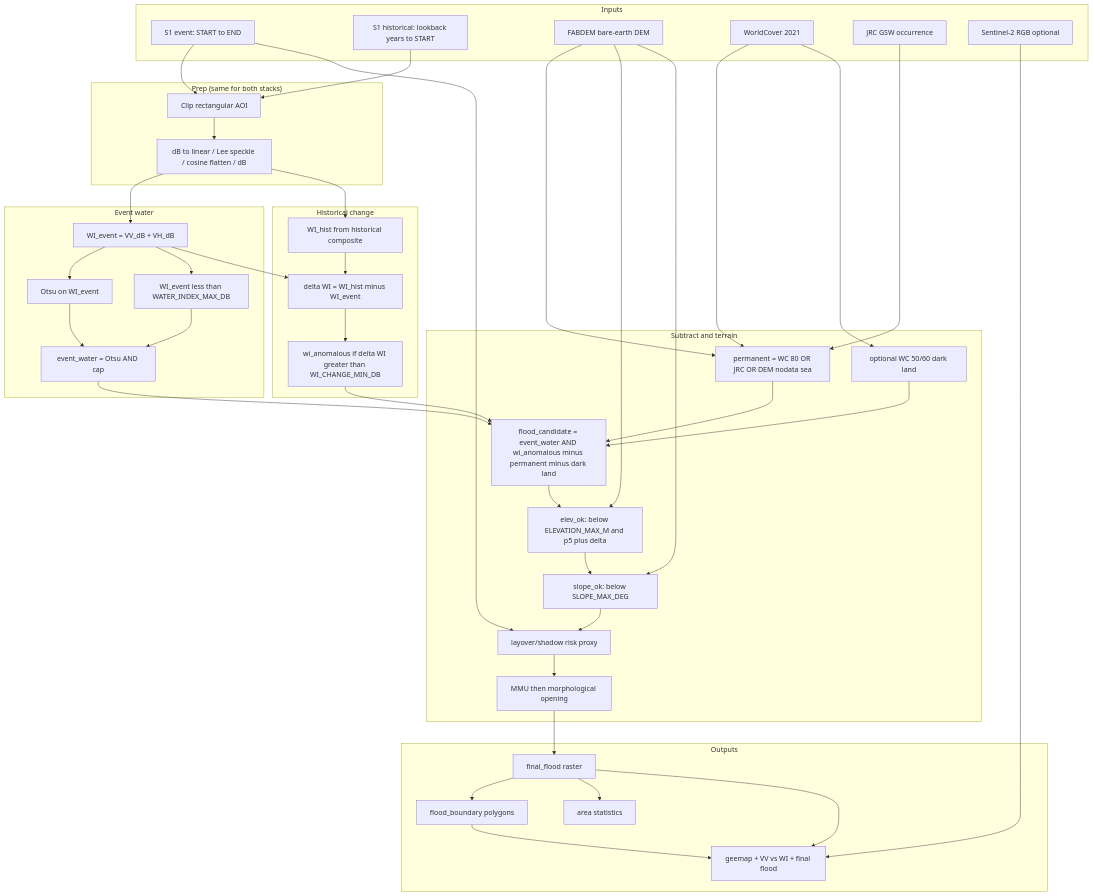
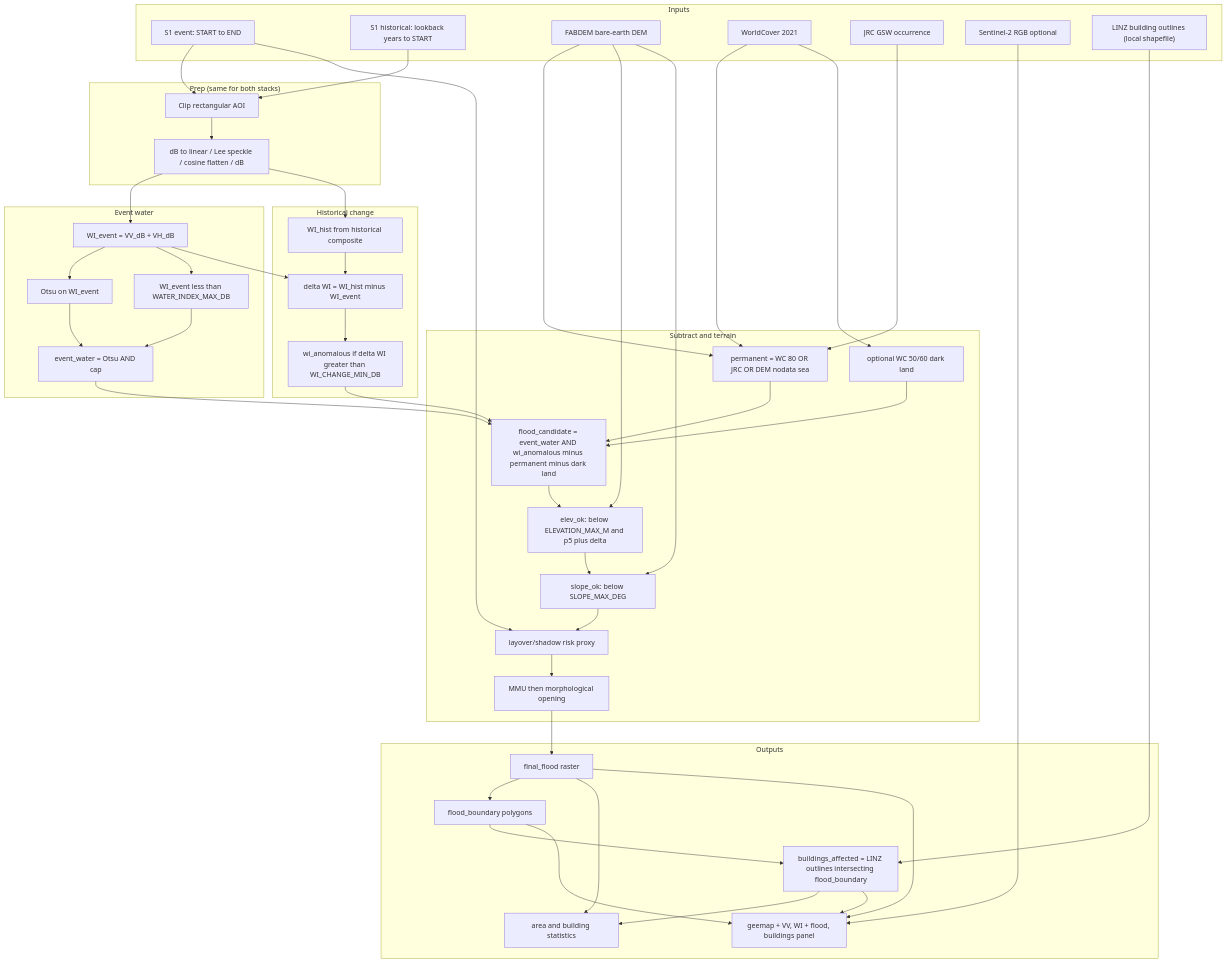
Before and after one commit to uoa-gis/GIS: the diagram in README.md, drawn with Mermaid. The commit also changed other lines of this file and 3 other files, not shown here.

````diff
--- a/README.md
+++ b/README.md
@@ -84,67 +108,73 @@
 ```mermaid
 flowchart TD
   subgraph IN["Inputs"]
     S1E["S1 event: START to END"]
     S1H["S1 historical: lookback years to START"]
     DEM["FABDEM bare-earth DEM"]
     WC["WorldCover 2021"]
     JRC["JRC GSW occurrence"]
     S2["Sentinel-2 RGB optional"]
+    LINZ["LINZ building outlines (local shapefile)"]
   end
   subgraph PRE["Prep (same for both stacks)"]
     CLIP["Clip rectangular AOI"]
     LEE["dB to linear / Lee speckle / cosine flatten / dB"]
   end
   subgraph WTR["Event water"]
     WI["WI_event = VV_dB + VH_dB"]
     OTSU["Otsu on WI_event"]
     CAP["WI_event less than WATER_INDEX_MAX_DB"]
     EW["event_water = Otsu AND cap"]
   end
   subgraph CHG["Historical change"]
     WIH["WI_hist from historical composite"]
     DLT["delta WI = WI_hist minus WI_event"]
     ANO["wi_anomalous if delta WI greater than WI_CHANGE_MIN_DB"]
   end
   subgraph MASK["Subtract and terrain"]
     PERM["permanent = WC 80 OR JRC OR DEM nodata sea"]
     DARK["optional WC 50/60 dark land"]
     CAND["flood_candidate = event_water AND wi_anomalous minus permanent minus dark land"]
     ELEV["elev_ok: below ELEVATION_MAX_M and p5 plus delta"]
     SLP["slope_ok: below SLOPE_MAX_DEG"]
     LAY["layover/shadow risk proxy"]
     MMU["MMU then morphological opening"]
   end
   subgraph OUT["Outputs"]
     FF["final_flood raster"]
     POLY["flood_boundary polygons"]
-    STAT["area statistics"]
-    MAP["geemap + VV vs WI + final flood"]
+    BLD["buildings_affected = LINZ outlines intersecting flood_boundary"]
+    STAT["area and building statistics"]
+    MAP["geemap + VV, WI + flood, buildings panel"]
   end
   S1E --> CLIP
   S1H --> CLIP
   CLIP --> LEE
   LEE --> WI
   LEE --> WIH
   WI --> OTSU --> EW
   WI --> CAP --> EW
   WIH --> DLT
   WI --> DLT --> ANO
   WC --> PERM
   JRC --> PERM
   DEM --> PERM
   WC --> DARK
   EW --> CAND
   ANO --> CAND
   PERM --> CAND
   DARK --> CAND
   DEM --> ELEV
   DEM --> SLP
   S1E --> LAY
   CAND --> ELEV --> SLP --> LAY --> MMU --> FF
   FF --> POLY
   FF --> STAT
+  POLY --> BLD
+  LINZ --> BLD
+  BLD --> STAT
+  BLD --> MAP
   S2 --> MAP
   FF --> MAP
   POLY --> MAP
 ```
````
